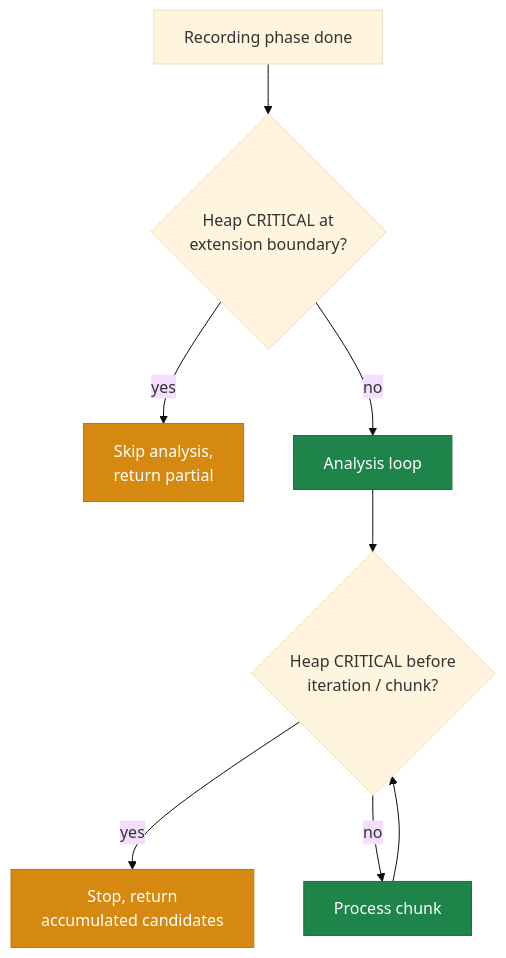
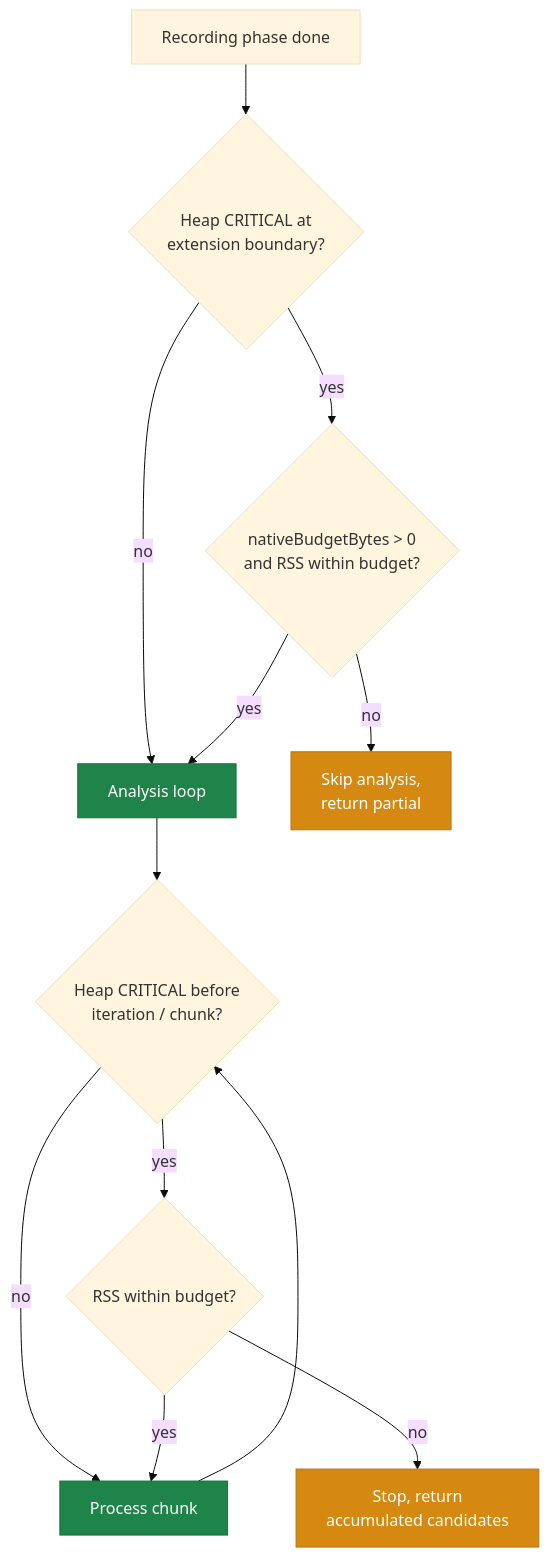
Before and after one commit to stSoftwareAU/NEAT-AI: the second of 2 diagrams in docs/troubleshooting/MEMORY.md, drawn with Mermaid (base theme). The commit also changed other lines of this file and 6 other files, not shown here.

First line of the commit message:
Make AnalysisHeapGuard off-heap (RSS) aware (Issue #3025)

````diff
--- a/docs/troubleshooting/MEMORY.md
+++ b/docs/troubleshooting/MEMORY.md
@@ -224,12 +246,16 @@
 ```mermaid
 flowchart TD
     classDef ok fill:#1e8449,stroke:#196f3d,color:#fff
     classDef warn fill:#d68910,stroke:#b7770d,color:#fff
     R[Recording phase done] --> B{Heap CRITICAL at\nextension boundary?}
-    B -- yes --> S1[Skip analysis,\nreturn partial]:::warn
     B -- no --> L[Analysis loop]:::ok
+    B -- yes --> N{nativeBudgetBytes &gt; 0\nand RSS within budget?}
+    N -- yes --> L
+    N -- no --> S1[Skip analysis,\nreturn partial]:::warn
     L --> C{Heap CRITICAL before\niteration / chunk?}
-    C -- yes --> S2[Stop, return\naccumulated candidates]:::warn
     C -- no --> P[Process chunk]:::ok
+    C -- yes --> M{RSS within budget?}
+    M -- yes --> P
+    M -- no --> S2[Stop, return\naccumulated candidates]:::warn
     P --> C
 ```
````
